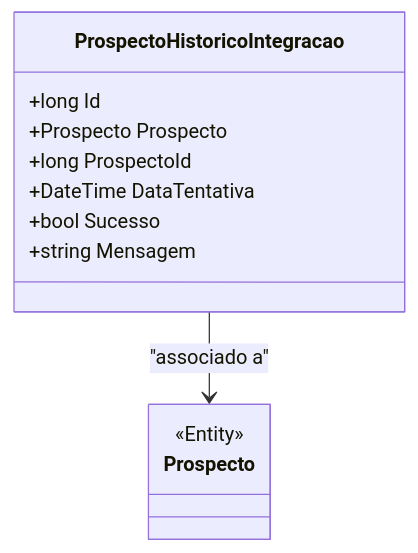
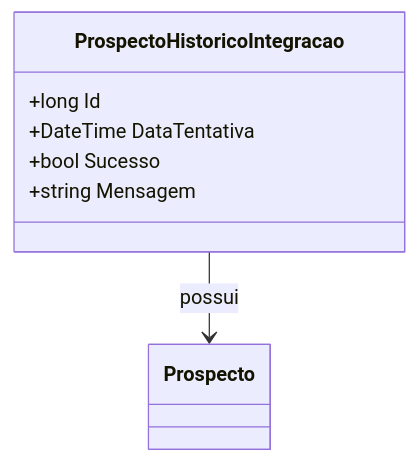
Before and after one commit to IsthmusSistemas/documentacao-tecnica: the diagram in docs/b2b-dominio/IsthmusWinthor.Nucleo/IsthmusWinthor.Dominio/Entidades/ProspectoHistoricoIntegracao.md, drawn with Mermaid. The commit also changed other lines of this file and 882 other files, not shown here.

````diff
--- a/docs/b2b-dominio/IsthmusWinthor.Nucleo/IsthmusWinthor.Dominio/Entidades/ProspectoHistoricoIntegracao.md
+++ b/docs/b2b-dominio/IsthmusWinthor.Nucleo/IsthmusWinthor.Dominio/Entidades/ProspectoHistoricoIntegracao.md
@@ -21,15 +23,13 @@
 ```mermaid
 classDiagram
     class ProspectoHistoricoIntegracao {
         +long Id
-        +Prospecto Prospecto
-        +long ProspectoId
         +DateTime DataTentativa
         +bool Sucesso
         +string Mensagem
     }
     class Prospecto {
-        <<Entity>>
     }
-    ProspectoHistoricoIntegracao --> Prospecto : "associado a"
+
+    ProspectoHistoricoIntegracao --> Prospecto : possui
 ```
````
